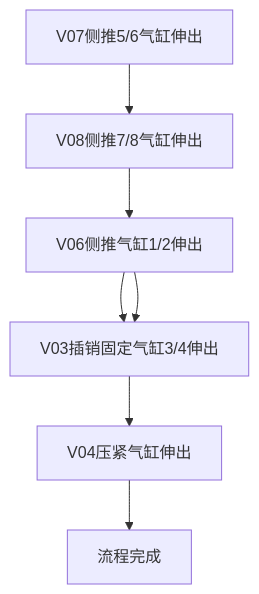
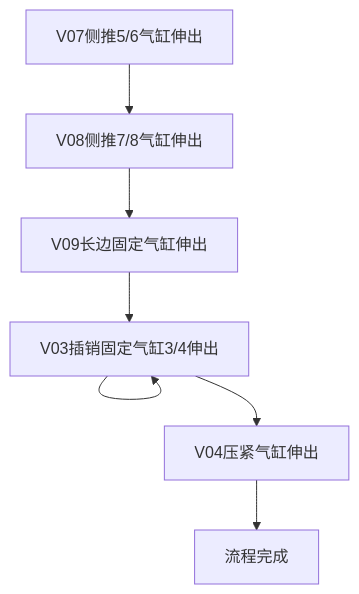
The diagram in all/OP30气缸固定子流程.md (PengKun1/iodraw-files), drawn with Mermaid before and after one commit.

Commit message:
2024-08-06 09:59:46 update

````diff
--- a/all/OP30气缸固定子流程.md
+++ b/all/OP30气缸固定子流程.md
@@ -1,11 +1,11 @@
 ```mermaid
 graph TD
 10[V07侧推5/6气缸伸出]-->20
 20[V08侧推7/8气缸伸出]-->30
 30[V09长边固定气缸伸出]-->40
-30[V06侧推气缸1/2伸出]-->40
+40[V06侧推气缸1/2伸出]-->40
 40[V03插销固定气缸3/4伸出]-->50
 50[V04压紧气缸伸出]-->60
 60[流程完成]
   
 ```
````
